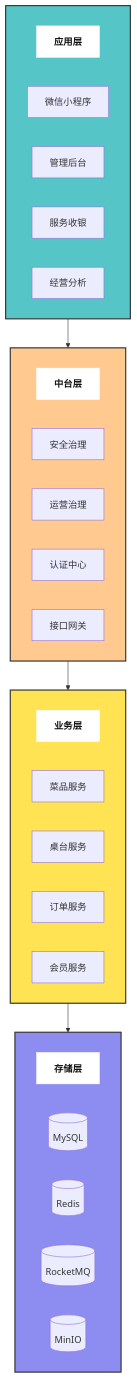
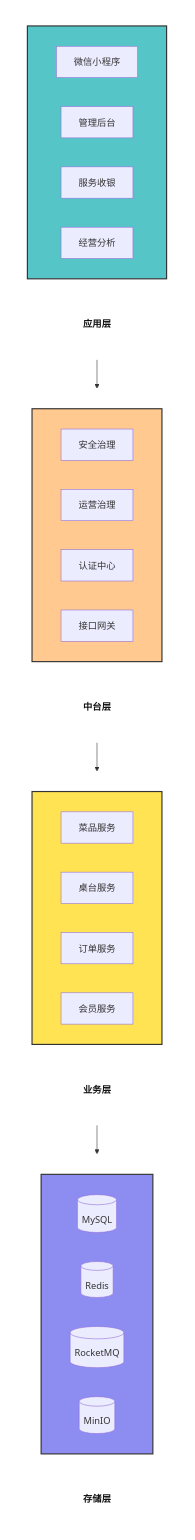
The first of 3 diagrams in readme.md (meisijiya/DIANCAN-SYSTEM), drawn with Mermaid before and after one commit. The commit also changed other lines of this file, not shown here.

Commit message:
修改架构图

````diff
--- a/readme.md
+++ b/readme.md
@@ -34,51 +34,67 @@
 ```mermaid
 flowchart TB
-    subgraph R1[ ]
+    subgraph Row1[ ]
         direction LR
         L1[应用层]
-        MINI[微信小程序]
-        WEB[管理后台]
-        SERVICE[服务收银]
-        BI[经营分析]
+        subgraph Layer1[ ]
+            direction LR
+            MINI[微信小程序]
+            WEB[管理后台]
+            SERVICE[服务收银]
+            BI[经营分析]
+        end
     end
 
-    subgraph R2[ ]
+    subgraph Row2[ ]
         direction LR
         L2[中台层]
-        SAFE[安全治理]
-        OPSM[运营治理]
-        AUTH[认证中心]
-        GATEWAY[接口网关]
+        subgraph Layer2[ ]
+            direction LR
+            SAFE[安全治理]
+            OPSM[运营治理]
+            AUTH[认证中心]
+            GATEWAY[接口网关]
+        end
     end
 
-    subgraph R3[ ]
+    subgraph Row3[ ]
         direction LR
         L3[业务层]
-        DISH[菜品服务]
-        TABLE[桌台服务]
-        ORDER[订单服务]
-        MEMBER[会员服务]
+        subgraph Layer3[ ]
+            direction LR
+            DISH[菜品服务]
+            TABLE[桌台服务]
+            ORDER[订单服务]
+            MEMBER[会员服务]
+        end
     end
 
-    subgraph R4[ ]
+    subgraph Row4[ ]
         direction LR
         L4[存储层]
-        MYSQL[(MySQL)]
-        REDIS[(Redis)]
-        MQ[(RocketMQ)]
-        MINIO[(MinIO)]
+        subgraph Layer4[ ]
+            direction LR
+            MYSQL[(MySQL)]
+            REDIS[(Redis)]
+            MQ[(RocketMQ)]
+            MINIO[(MinIO)]
+        end
     end
 
-    R1 --> R2
-    R2 --> R3
-    R3 --> R4
+    Row1 --> Row2
+    Row2 --> Row3
+    Row3 --> Row4
 
-    style R1 fill:#55c5c7,stroke:#333,stroke-width:2px,color:#111
-    style R2 fill:#ffc98f,stroke:#333,stroke-width:2px,color:#111
-    style R3 fill:#ffe353,stroke:#333,stroke-width:2px,color:#111
-    style R4 fill:#8d8cf0,stroke:#333,stroke-width:2px,color:#111
+    style Row1 fill:#ffffff,stroke:#ffffff,color:#111
+    style Row2 fill:#ffffff,stroke:#ffffff,color:#111
+    style Row3 fill:#ffffff,stroke:#ffffff,color:#111
+    style Row4 fill:#ffffff,stroke:#ffffff,color:#111
+    style Layer1 fill:#55c5c7,stroke:#333,stroke-width:2px,color:#111
+    style Layer2 fill:#ffc98f,stroke:#333,stroke-width:2px,color:#111
+    style Layer3 fill:#ffe353,stroke:#333,stroke-width:2px,color:#111
+    style Layer4 fill:#8d8cf0,stroke:#333,stroke-width:2px,color:#111
     style L1 fill:#ffffff,stroke:#ffffff,color:#111,font-weight:bold
     style L2 fill:#ffffff,stroke:#ffffff,color:#111,font-weight:bold
     style L3 fill:#ffffff,stroke:#ffffff,color:#111,font-weight:bold
     style L4 fill:#ffffff,stroke:#ffffff,color:#111,font-weight:bold
 ```
````
